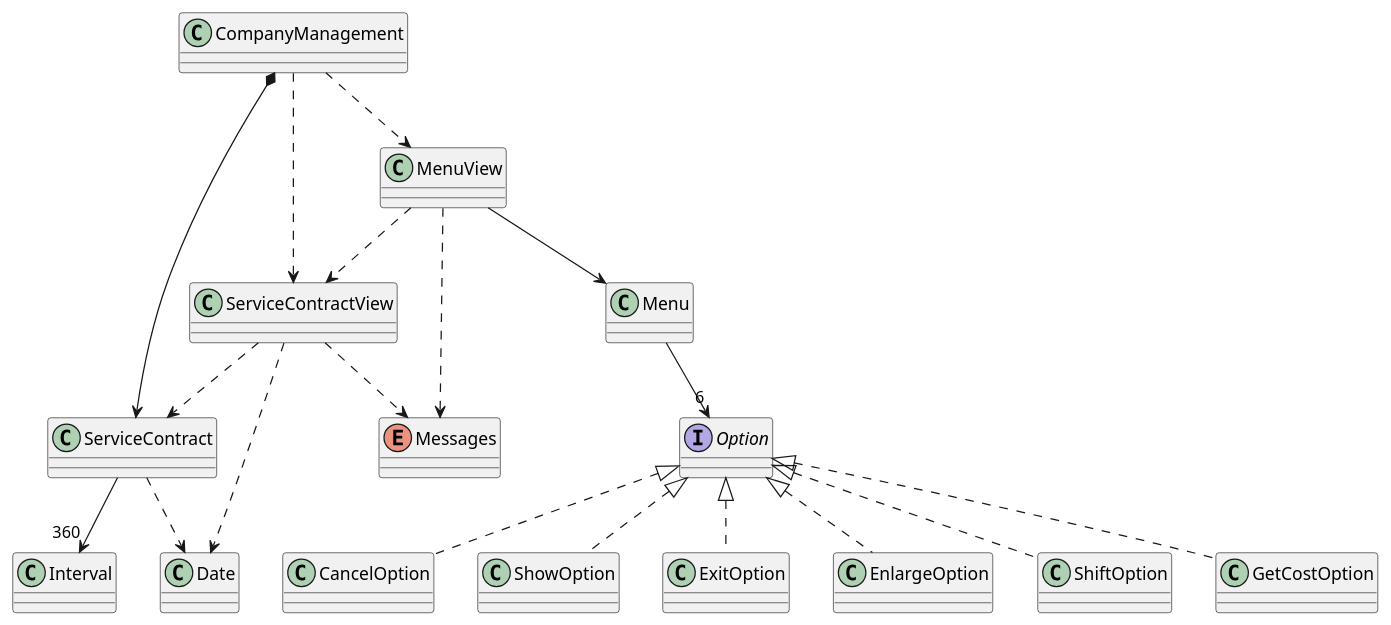
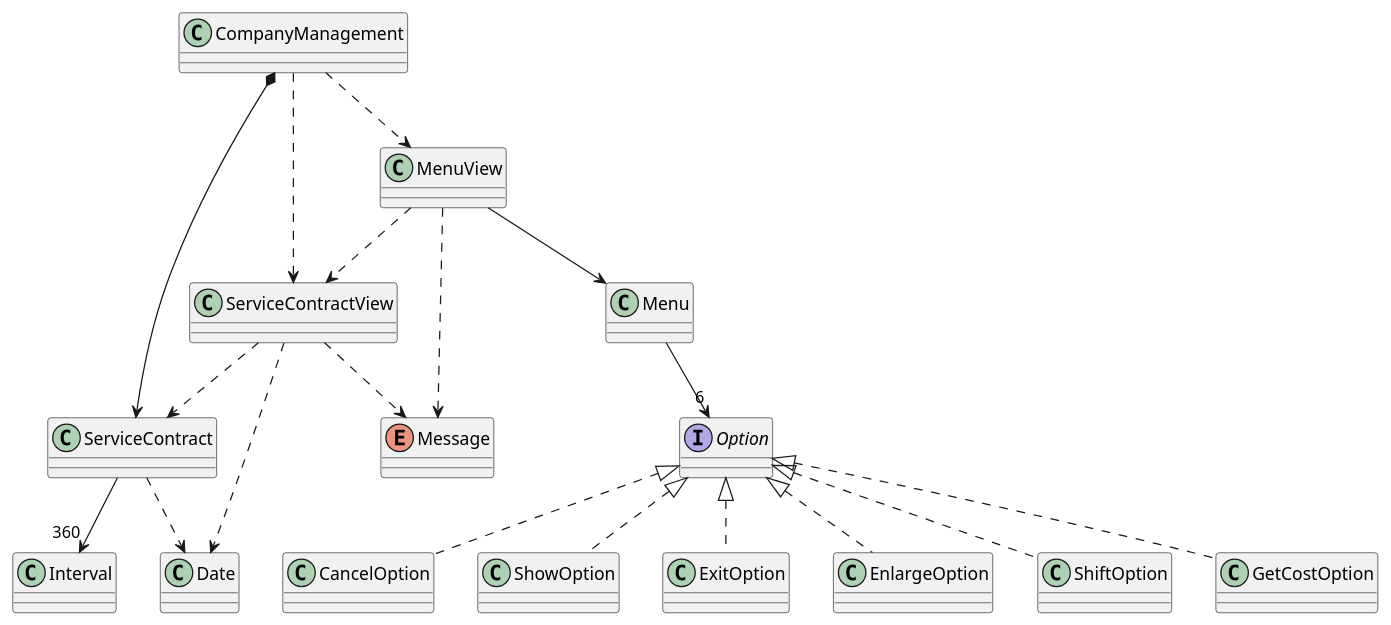
One commit to USantaTecla-ed-mpds/lab-turing changed the diagram in tech-java-basadoObjetos/src/es/usantatecla/companyManagement/UML/ModeloClases.puml. Above: the diagram before and after it, drawn with PlantUML. The commit also changed 8 other files, not shown here.

Commit message:
refactor UML and Options

```diff
--- a/tech-java-basadoObjetos/src/es/usantatecla/companyManagement/UML/ModeloClases.puml
+++ b/tech-java-basadoObjetos/src/es/usantatecla/companyManagement/UML/ModeloClases.puml
@@ -1,57 +1,57 @@
 @startuml
 class CompanyManagement
 class ServiceContract
 class ServiceContractView
 class MenuView
 class Menu
 class CancelOption
 class ShowOption
 class ExitOption
 class EnlargeOption
 class ShiftOption
 class GetCostOption
 
 class Date
 class Interval
-enum Messages
+enum Message
 
 interface Option
 
 CompanyManagement *--> ServiceContract
 CompanyManagement ..> ServiceContractView
 CompanyManagement ..> MenuView
 
 ServiceContractView ..> ServiceContract
 ServiceContractView ..> Date
-ServiceContractView ..> Messages
+ServiceContractView ..> Message
 
 ServiceContract ..> Date
 ServiceContract --> "360" Interval
 
 MenuView --> Menu
 MenuView ..> ServiceContractView
-MenuView ..> Messages
+MenuView ..> Message
 
 Menu -->"6" Option
 ' Menu --> CancelOption
 ' Menu --> EnlargeOption
 ' Menu --> ExitOption
 ' Menu --> GetCostOption
 ' Menu --> ShiftOption
 ' Menu --> ShowOption
 
 ' CancelOption ..> ServiceContractView
 ' EnlargeOption ..> ServiceContractView
 ' ExitOption ..> ServiceContractView
 ' GetCostOption ..> ServiceContractView
 ' ShiftOption ..> ServiceContractView
 ' ShowOption ..> ServiceContractView
 
 Option <|.. CancelOption
 Option <|.. EnlargeOption
 Option <|.. ExitOption
 Option <|.. GetCostOption
 Option <|.. ShiftOption
 Option <|.. ShowOption
 
 @enduml
```
